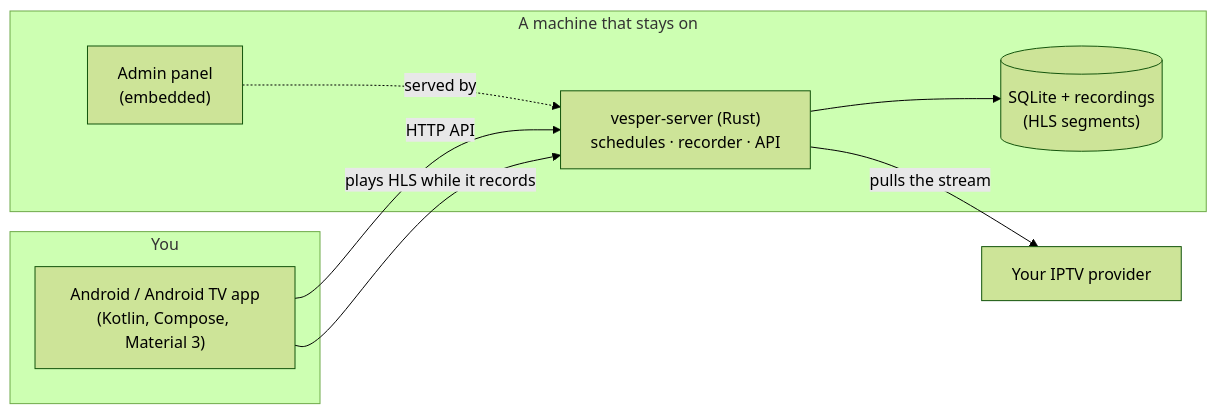
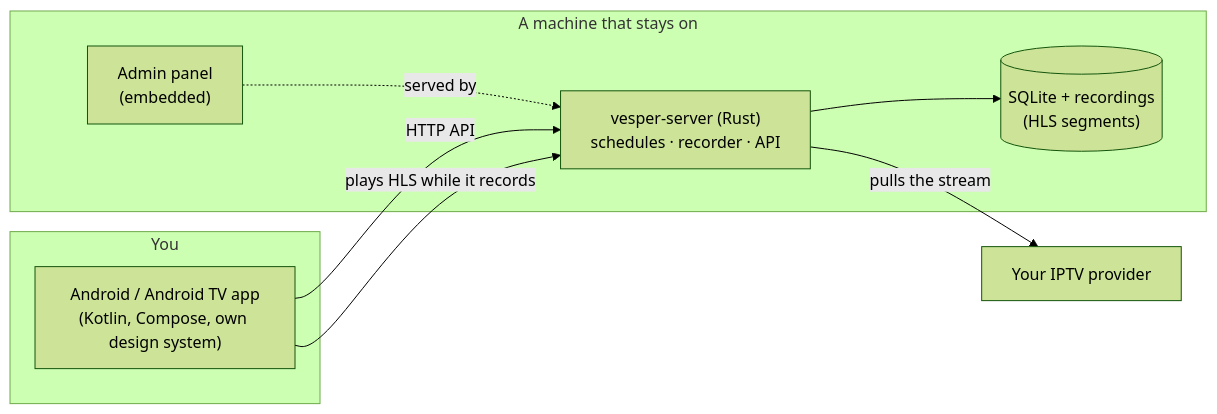
Before and after one commit to aminegames125/vesper: the diagram in README.md, drawn with Mermaid (forest theme). The commit also changed other lines of this file and 26 other files, not shown here.

First line of the commit message:
feat(android): replace Material with Vesper's own design system

````diff
--- a/README.md
+++ b/README.md
@@ -180,17 +180,17 @@
 ```mermaid
 flowchart LR
   subgraph You
-    A["Android / Android TV app<br/>(Kotlin, Compose, Material 3)"]
+    A["Android / Android TV app<br/>(Kotlin, Compose, own design system)"]
   end
   subgraph "A machine that stays on"
     S["vesper-server (Rust)<br/>schedules · recorder · API"]
     D[("SQLite + recordings<br/>(HLS segments)")]
     P["Admin panel<br/>(embedded)"]
   end
   I["Your IPTV provider"]
   A -- "HTTP API" --> S
   S --> D
   S -- "pulls the stream" --> I
   P -. "served by" .-> S
   A -- "plays HLS while it records" --> S
 ```
````
